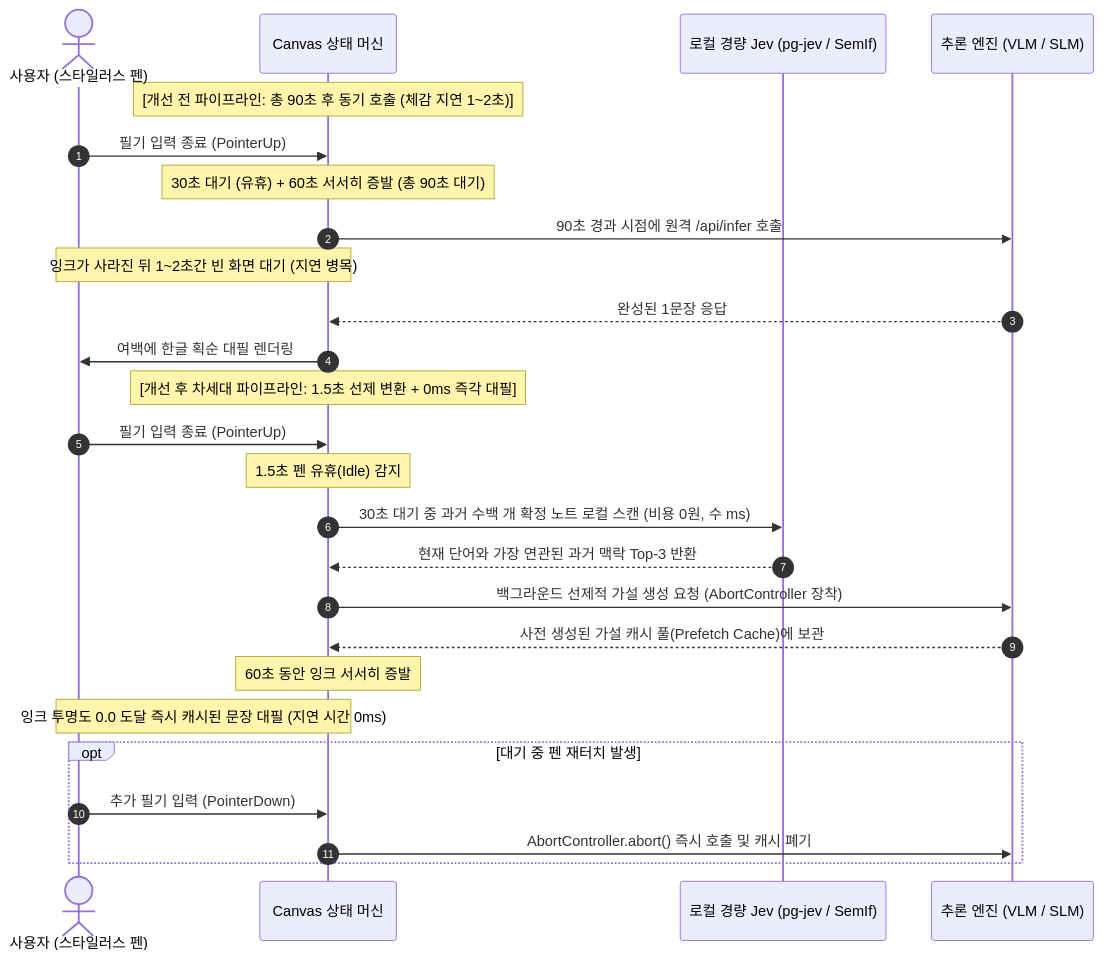
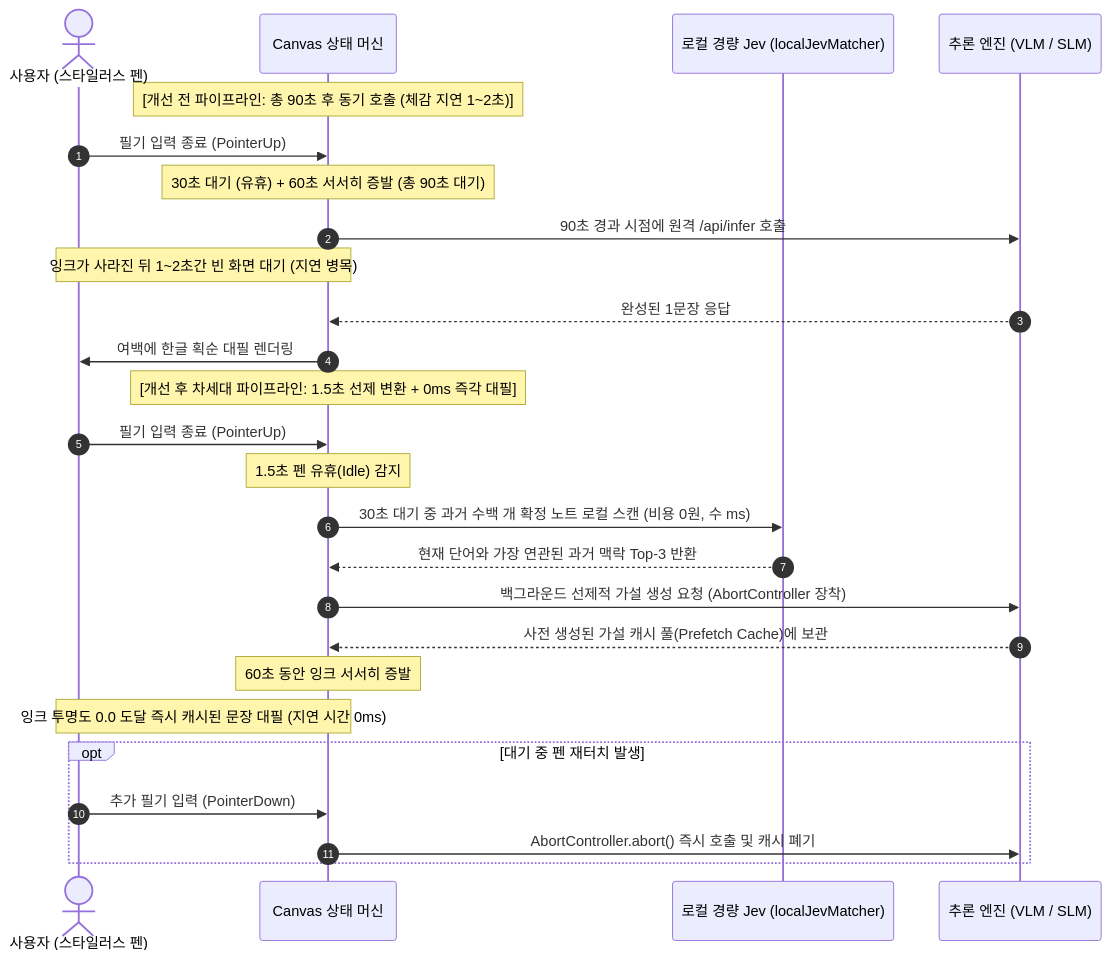
One commit to mmmphyun/it-note changed the second of 4 diagrams in PLAN.md. Above: the diagram before and after it, drawn with Mermaid. The commit also changed other lines of this file and 3 other files, not shown here.

````diff
--- a/PLAN.md
+++ b/PLAN.md
@@ -124,30 +120,30 @@
 ```mermaid
 sequenceDiagram
     autonumber
     actor User as 사용자 (스타일러스 펜)
     participant Canvas as Canvas 상태 머신
-    participant LocalJev as 로컬 경량 Jev (pg-jev / SemIf)
+    participant LocalJev as 로컬 경량 Jev (localJevMatcher)
     participant Infer as 추론 엔진 (VLM / SLM)
 
     Note over Canvas: [개선 전 파이프라인: 총 90초 후 동기 호출 (체감 지연 1~2초)]
     User->>Canvas: 필기 입력 종료 (PointerUp)
     Note over Canvas: 30초 대기 (유휴) + 60초 서서히 증발 (총 90초 대기)
     Canvas->>Infer: 90초 경과 시점에 원격 /api/infer 호출
     Note over User,Canvas: 잉크가 사라진 뒤 1~2초간 빈 화면 대기 (지연 병목)
     Infer-->>Canvas: 완성된 1문장 응답
     Canvas->>User: 여백에 한글 획순 대필 렌더링
 
     Note over Canvas: [개선 후 차세대 파이프라인: 1.5초 선제 변환 + 0ms 즉각 대필]
     User->>Canvas: 필기 입력 종료 (PointerUp)
     Note over Canvas: 1.5초 펜 유휴(Idle) 감지
     Canvas->>LocalJev: 30초 대기 중 과거 수백 개 확정 노트 로컬 스캔 (비용 0원, 수 ms)
     LocalJev-->>Canvas: 현재 단어와 가장 연관된 과거 맥락 Top-3 반환
     Canvas->>Infer: 백그라운드 선제적 가설 생성 요청 (AbortController 장착)
     Infer-->>Canvas: 사전 생성된 가설 캐시 풀(Prefetch Cache)에 보관
     Note over Canvas: 60초 동안 잉크 서서히 증발
     Note over User,Canvas: 잉크 투명도 0.0 도달 즉시 캐시된 문장 대필 (지연 시간 0ms)
     opt 대기 중 펜 재터치 발생
         User->>Canvas: 추가 필기 입력 (PointerDown)
         Canvas->>Infer: AbortController.abort() 즉시 호출 및 캐시 폐기
     end
 ```
````
